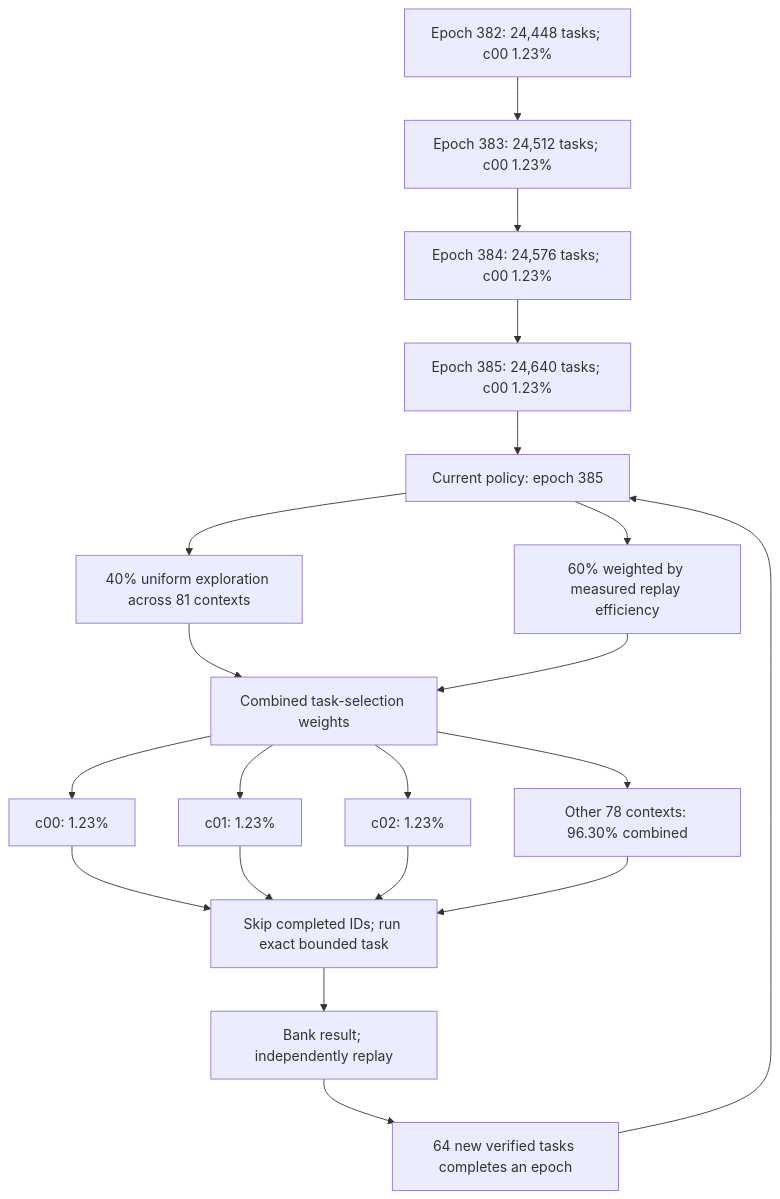
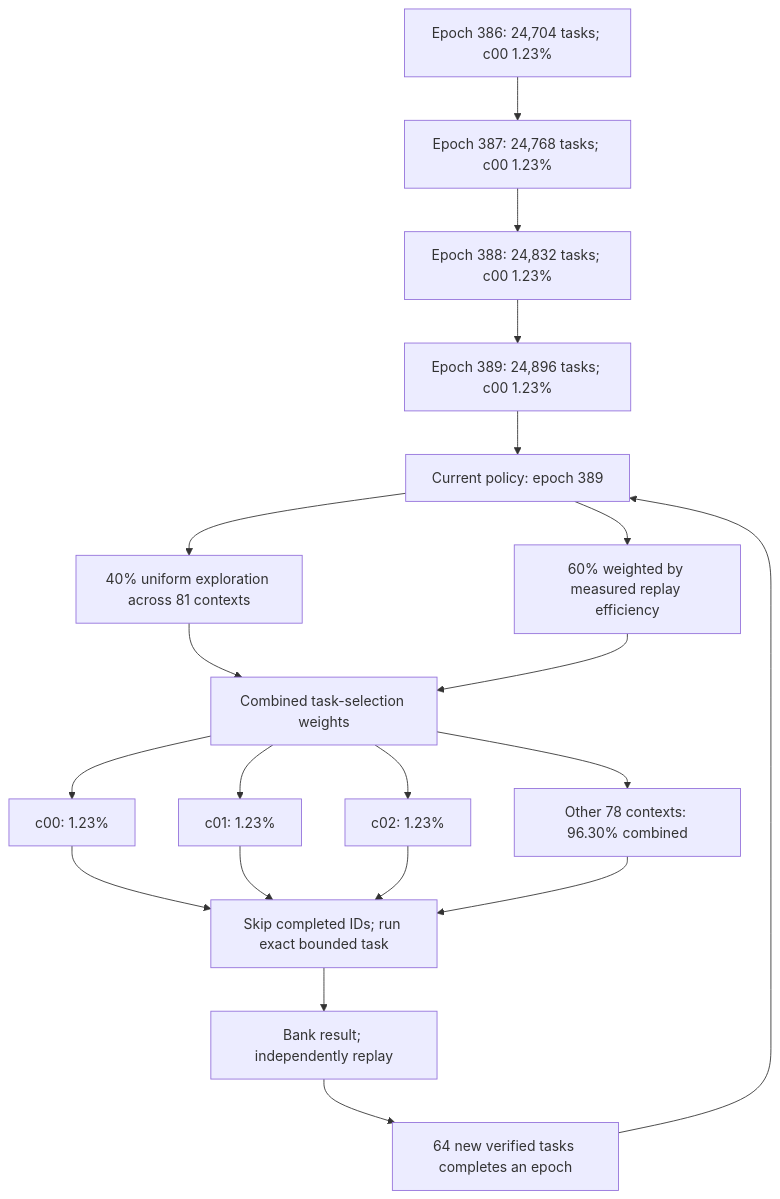
The first of 2 diagrams in README.md (Kuberwastaken/math-gambling), drawn with Mermaid before and after one commit. The commit also changed other lines of this file and 598 other files, not shown here.

````diff
--- a/README.md
+++ b/README.md
@@ -49,27 +49,27 @@
 ```mermaid
 flowchart TD
-    H0["Epoch 382: 24,448 tasks; c00 1.23%"]
-    H1["Epoch 383: 24,512 tasks; c00 1.23%"]
+    H0["Epoch 386: 24,704 tasks; c00 1.23%"]
+    H1["Epoch 387: 24,768 tasks; c00 1.23%"]
     H0 --> H1
-    H2["Epoch 384: 24,576 tasks; c00 1.23%"]
+    H2["Epoch 388: 24,832 tasks; c00 1.23%"]
     H1 --> H2
-    H3["Epoch 385: 24,640 tasks; c00 1.23%"]
+    H3["Epoch 389: 24,896 tasks; c00 1.23%"]
     H2 --> H3
-    Policy["Current policy: epoch 385"]
+    Policy["Current policy: epoch 389"]
     H3 --> Policy
     Policy --> Explore["40% uniform exploration across 81 contexts"]
     Policy --> Cost["60% weighted by measured replay efficiency"]
     Explore --> Mix["Combined task-selection weights"]
     Cost --> Mix
     Mix --> C0["c00: 1.23%"]
     Mix --> C1["c01: 1.23%"]
     Mix --> C2["c02: 1.23%"]
     Mix --> Rest["Other 78 contexts: 96.30% combined"]
     C0 --> Check["Skip completed IDs; run exact bounded task"]
     C1 --> Check
     C2 --> Check
     Rest --> Check
     Check --> Replay["Bank result; independently replay"]
     Replay --> Gate["64 new verified tasks completes an epoch"]
     Gate --> Policy
 ```
````
